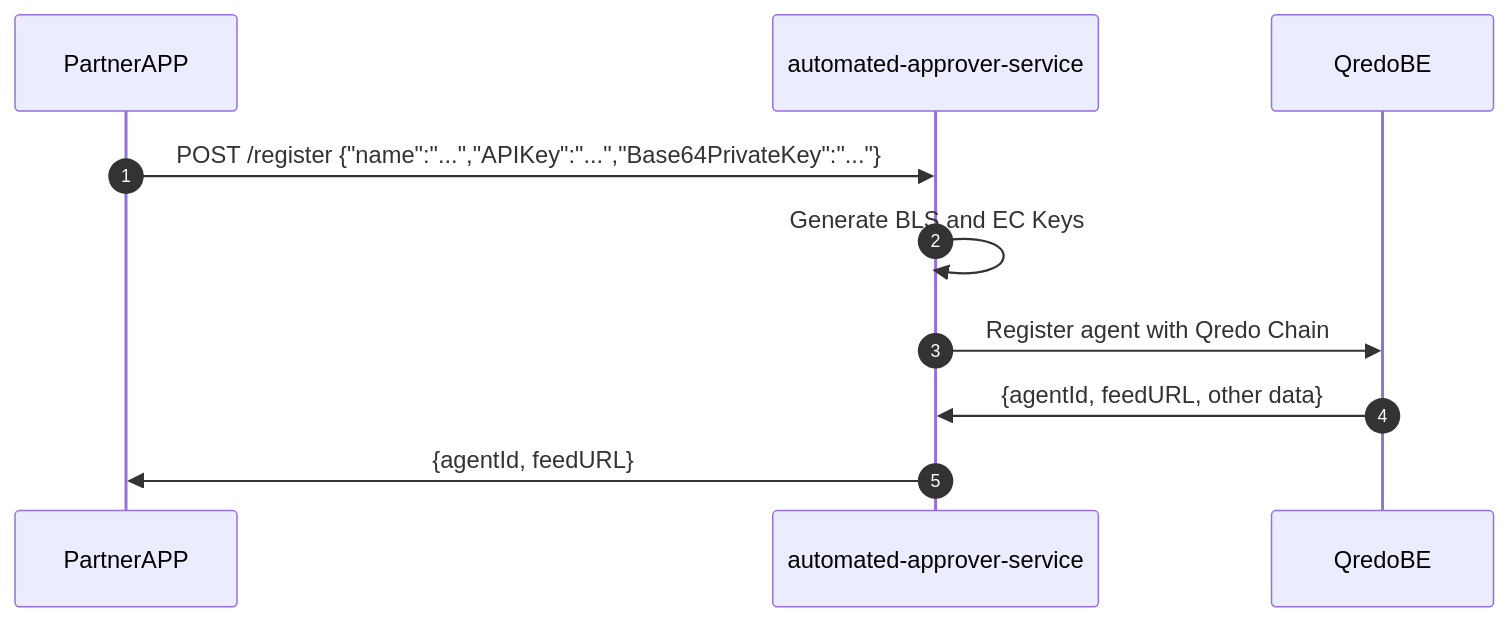
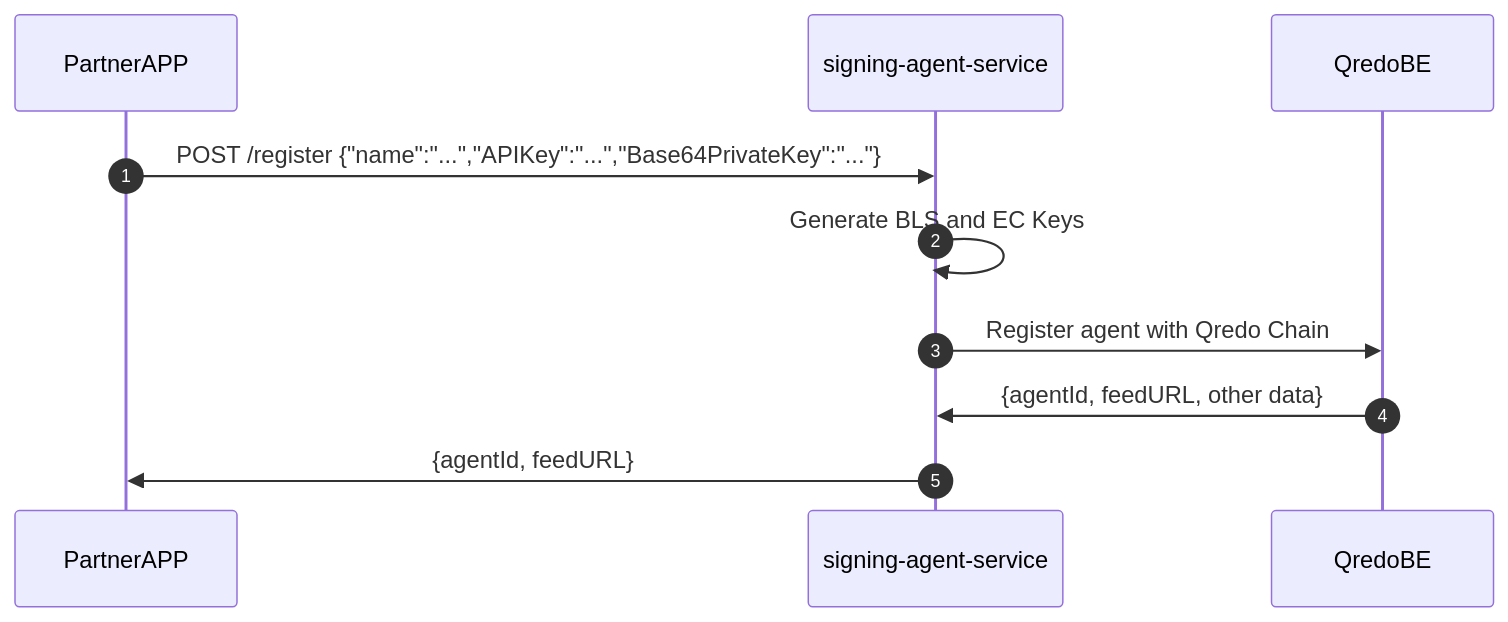
One commit to qredo/signing-agent changed the first of 3 diagrams in doc/usage.md. Above: the diagram before and after it, drawn with Mermaid. The commit also changed other lines of this file and 15 other files, not shown here.

Commit message:
renamed automated-approver to signing-agent

````diff
--- a/doc/usage.md
+++ b/doc/usage.md
@@ -17,9 +17,9 @@
 ```mermaid
 sequenceDiagram
 autonumber
-  PartnerAPP->>automated-approver-service:POST /register {"name":"...","APIKey":"...","Base64PrivateKey":"..."}
-  automated-approver-service->>automated-approver-service: Generate BLS and EC Keys
-  automated-approver-service->>QredoBE: Register agent with Qredo Chain
-  QredoBE->>automated-approver-service: {agentId, feedURL, other data} 
-  automated-approver-service->>PartnerAPP: {agentId, feedURL}
+  PartnerAPP->>signing-agent-service:POST /register {"name":"...","APIKey":"...","Base64PrivateKey":"..."}
+  signing-agent-service->>signing-agent-service: Generate BLS and EC Keys
+  signing-agent-service->>QredoBE: Register agent with Qredo Chain
+  QredoBE->>signing-agent-service: {agentId, feedURL, other data} 
+  signing-agent-service->>PartnerAPP: {agentId, feedURL}
 ```
````
